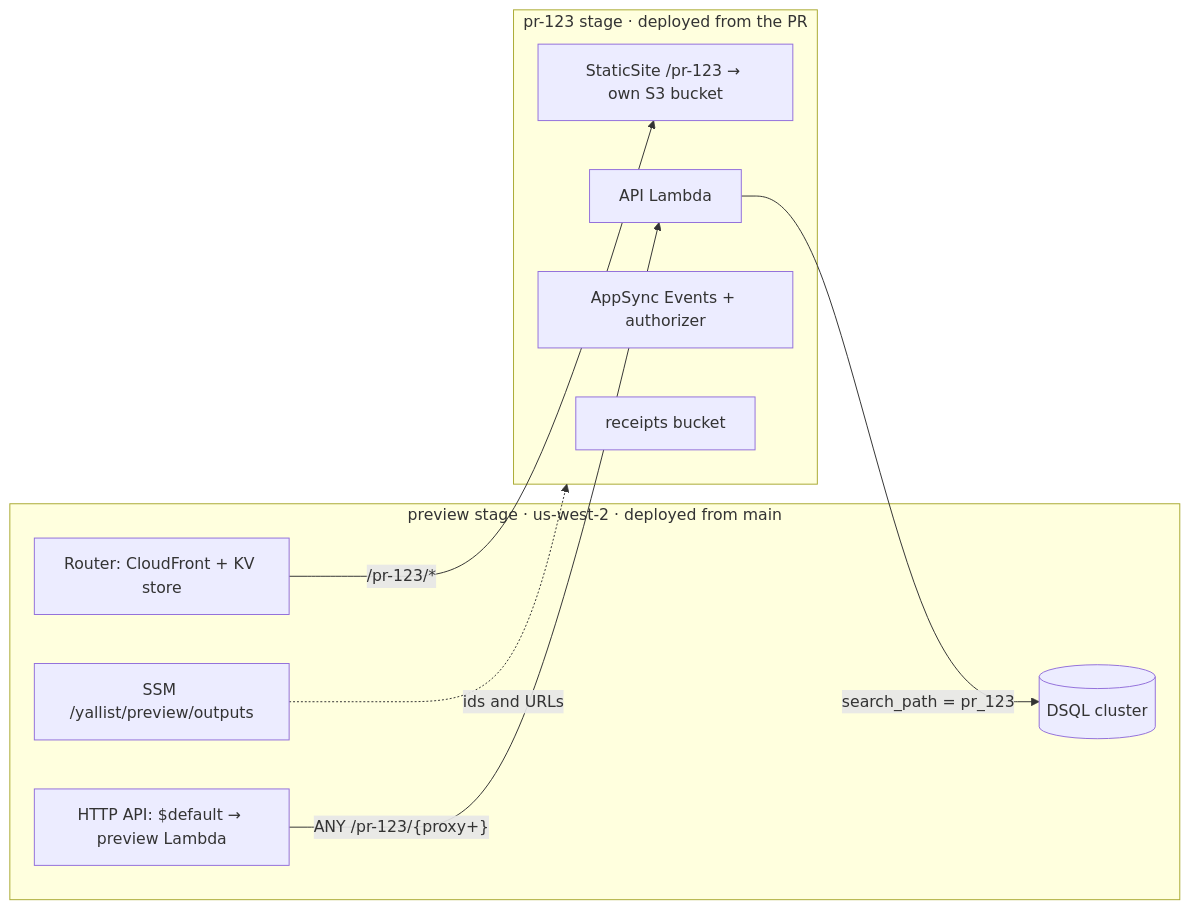
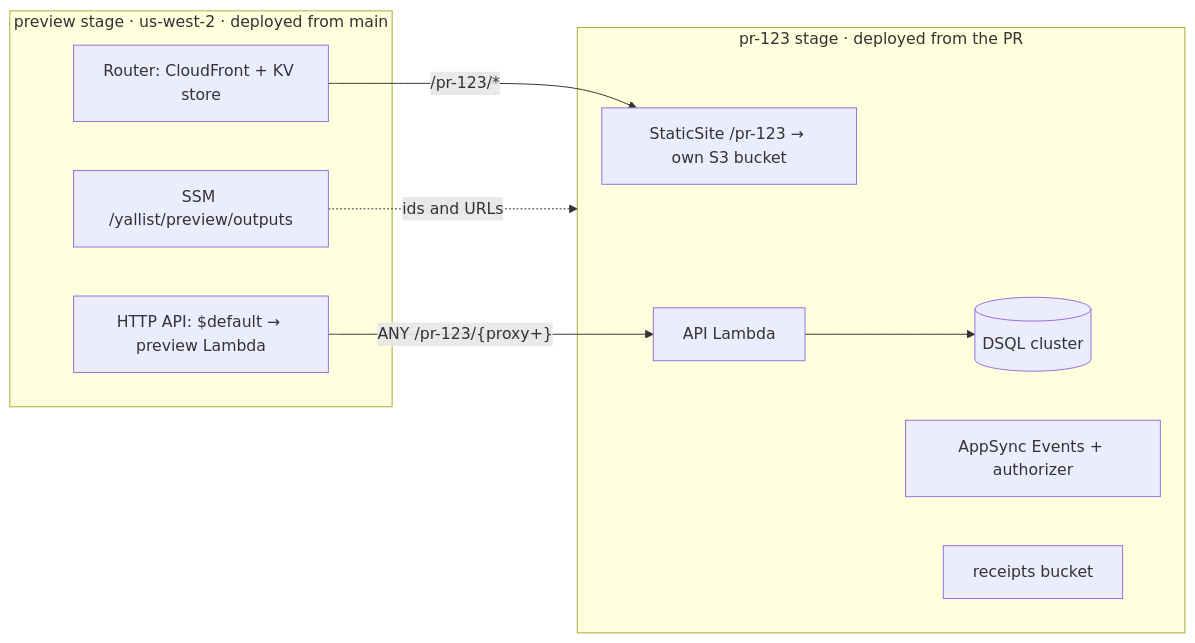
Before and after one commit to nadavgihasi/yallist: the diagram in docs/plans/e2e-live-environments.md, drawn with Mermaid. The commit also changed other lines of this file, not shown here.

````diff
--- a/docs/plans/e2e-live-environments.md
+++ b/docs/plans/e2e-live-environments.md
@@ -15,19 +15,19 @@
 ```mermaid
 flowchart LR
   subgraph shared["preview stage · us-west-2 · deployed from main"]
     R[Router: CloudFront + KV store]
     G[HTTP API: $default → preview Lambda]
-    D[(DSQL cluster)]
     P[SSM /yallist/preview/outputs]
   end
   subgraph pr["pr-123 stage · deployed from the PR"]
     S[StaticSite /pr-123 → own S3 bucket]
     L[API Lambda]
+    D[(DSQL cluster)]
     RT[AppSync Events + authorizer]
     B[receipts bucket]
   end
   R -- "/pr-123/*" --> S
   G -- "ANY /pr-123/{proxy+}" --> L
-  L -- "search_path = pr_123" --> D
+  L --> D
   P -. ids and URLs .-> pr
 ```
````
